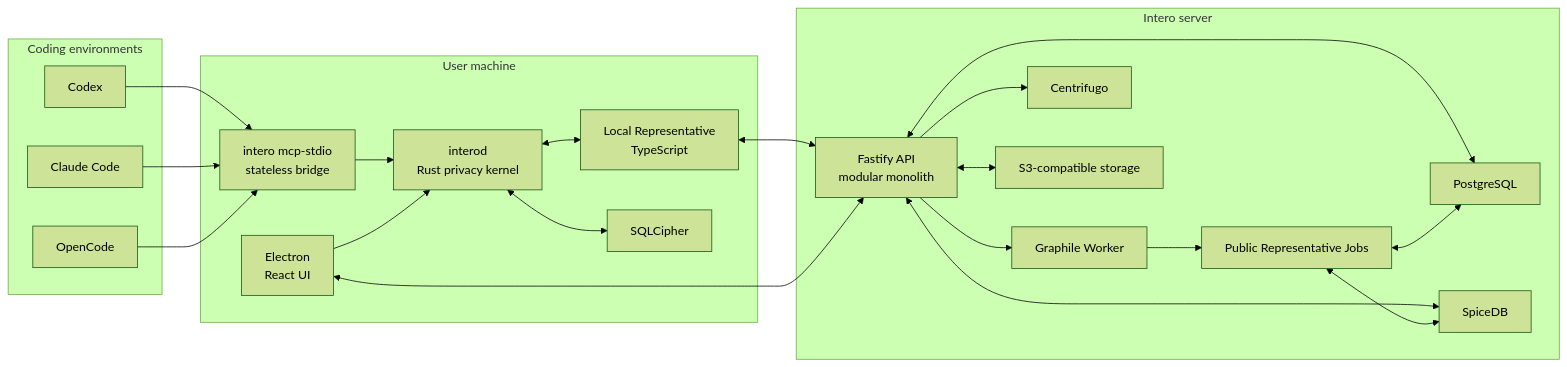
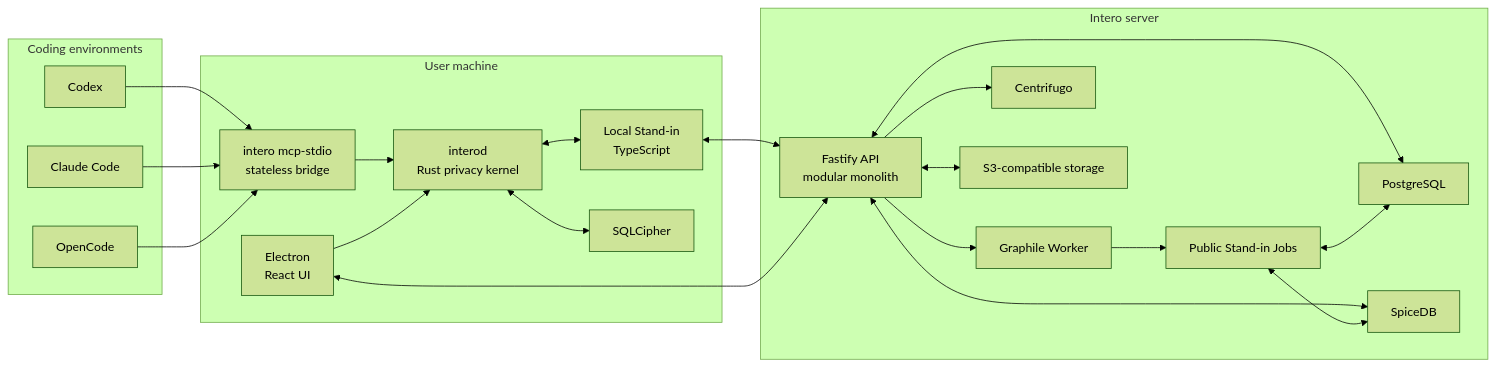
One commit to WatsonHS/intero changed the diagram in docs/ARCHITECTURE.md. Above: the diagram before and after it, drawn with Mermaid (forest theme). The commit also changed other lines of this file and 233 other files, not shown here.

````diff
--- a/docs/ARCHITECTURE.md
+++ b/docs/ARCHITECTURE.md
@@ -26,44 +26,44 @@
 ```mermaid
 flowchart LR
     subgraph Coding["Coding environments"]
         Codex["Codex"]
         Claude["Claude Code"]
         OpenCode["OpenCode"]
     end
 
     subgraph Desktop["User machine"]
         Electron["Electron<br/>React UI"]
         Bridge["intero mcp-stdio<br/>stateless bridge"]
         Daemon["interod<br/>Rust privacy kernel"]
-        LocalRep["Local Representative<br/>TypeScript"]
+        LocalRep["Local Stand-in<br/>TypeScript"]
         LocalDB["SQLCipher"]
     end
 
     subgraph Server["Intero server"]
         API["Fastify API<br/>modular monolith"]
         Worker["Graphile Worker"]
-        PublicRep["Public Representative Jobs"]
+        PublicRep["Public Stand-in Jobs"]
         Realtime["Centrifugo"]
         PG["PostgreSQL"]
         Spice["SpiceDB"]
         Objects["S3-compatible storage"]
     end
 
     Codex --> Bridge
     Claude --> Bridge
     OpenCode --> Bridge
     Bridge --> Daemon
     Electron --> Daemon
     Daemon <--> LocalRep
     Daemon <--> LocalDB
     LocalRep <--> API
     Electron <--> API
     API <--> PG
     API <--> Spice
     API <--> Objects
     API --> Realtime
     API --> Worker
     Worker --> PublicRep
     PublicRep <--> PG
     PublicRep <--> Spice
 ```
````
